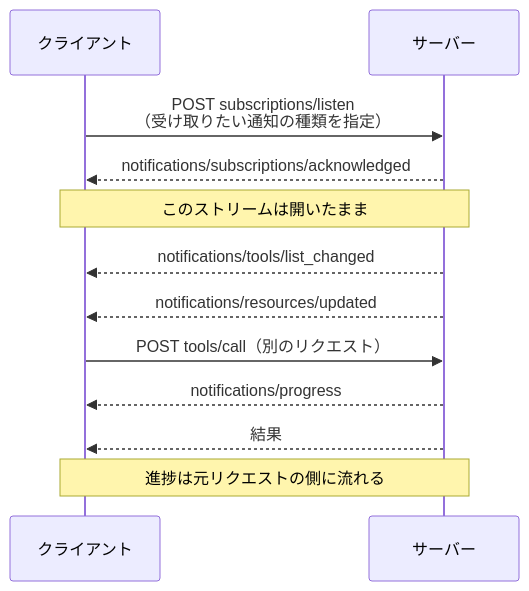
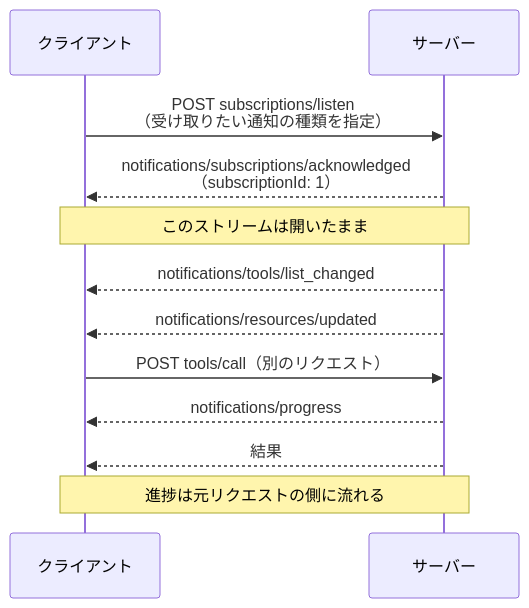
One commit to yamazaki-yuki-23/qiita-tech-blogs changed the fifth of 5 diagrams in public/2026-08-mcp-2026-07-28.md. Above: the diagram before and after it, drawn with Mermaid. The commit also changed other lines of this file and 1 other file, not shown here.

````diff
--- a/public/2026-08-mcp-2026-07-28.md
+++ b/public/2026-08-mcp-2026-07-28.md
@@ -418,16 +282,16 @@
 ```mermaid
 sequenceDiagram
     participant C as クライアント
     participant S as サーバー
 
     C->>S: POST subscriptions/listen<br/>（受け取りたい通知の種類を指定）
-    S-->>C: notifications/subscriptions/acknowledged
+    S-->>C: notifications/subscriptions/acknowledged<br/>（subscriptionId: 1）
     Note over C,S: このストリームは開いたまま
     S-->>C: notifications/tools/list_changed
     S-->>C: notifications/resources/updated
 
     C->>S: POST tools/call（別のリクエスト）
     S-->>C: notifications/progress
     S-->>C: 結果
     Note over C,S: 進捗は元リクエストの側に流れる
 ```
````
